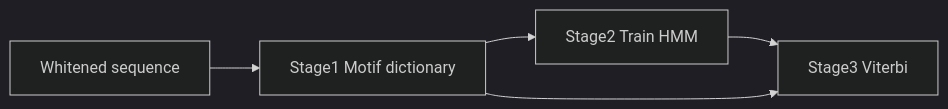
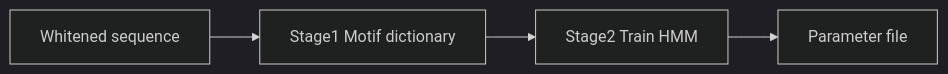
Before and after one commit to dotng14/panMP_whales: the diagram in plans/whale_song_pipeline.md, drawn with Mermaid (dark theme). The commit also changed other lines of this file and 17 other files, not shown here.

````diff
--- a/plans/whale_song_pipeline.md
+++ b/plans/whale_song_pipeline.md
@@ -27,7 +27,6 @@
 ```mermaid
 flowchart LR
   seq[Whitened sequence] --> motifs[Stage1 Motif dictionary]
   motifs --> hmm[Stage2 Train HMM]
-  hmm --> decode[Stage3 Viterbi]
-  motifs --> decode
+  hmm --> saved[Parameter file]
 ```
````
